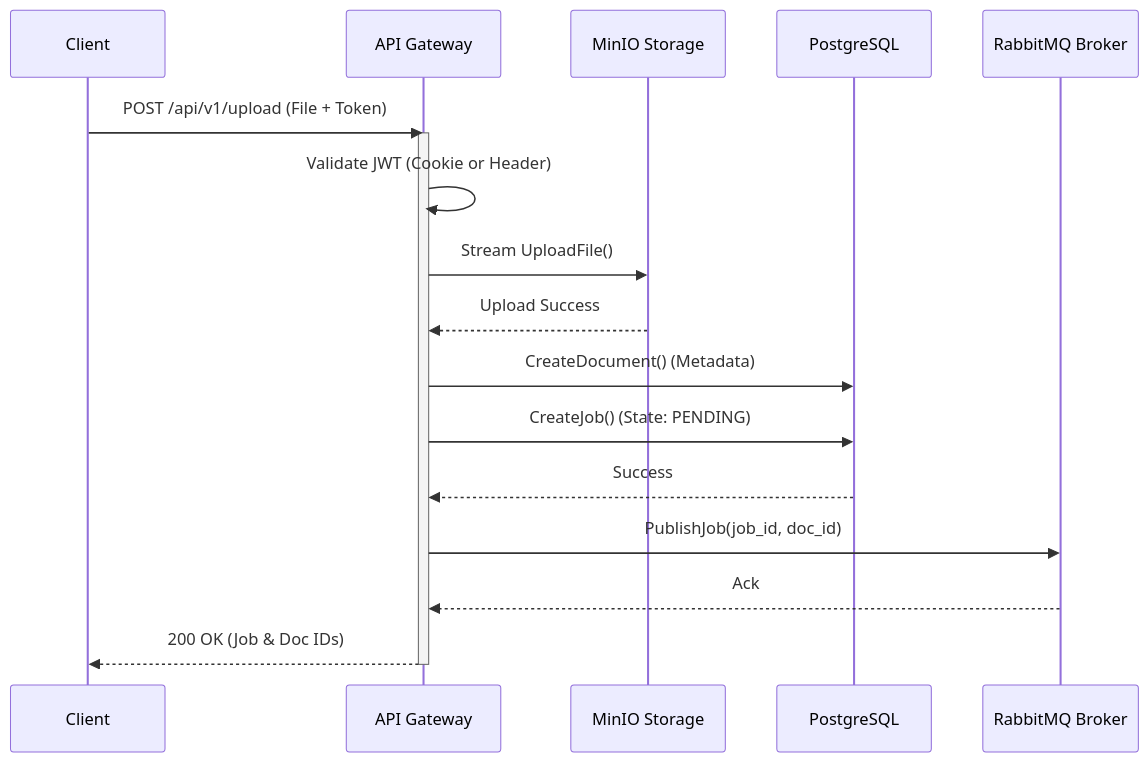
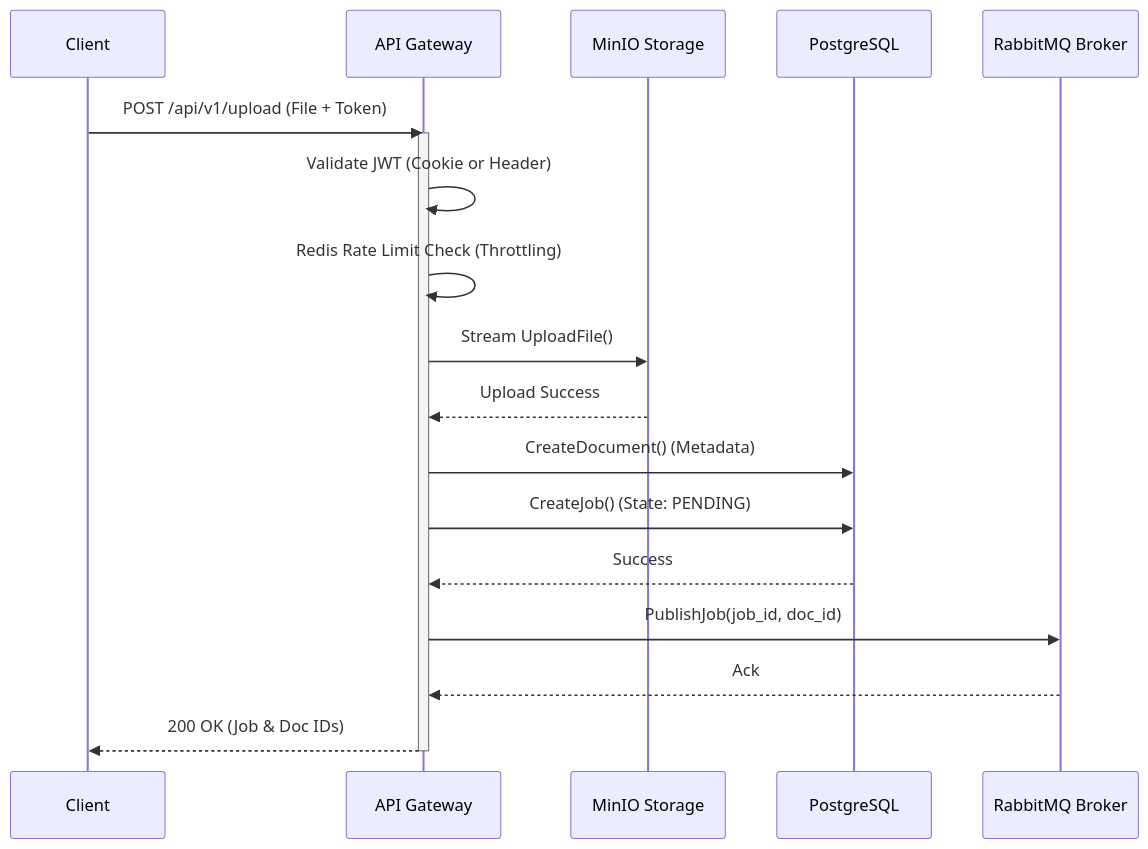
One commit to nmduc1106/idp-system-core changed the diagram in api-gateway/README_SERVICE.md. Above: the diagram before and after it, drawn with Mermaid. The commit also changed other lines of this file and 8 other files, not shown here.

Commit message:
docs: sync architecture and readmes with claude vision, redis rate limiting, and data isolation

````diff
--- a/api-gateway/README_SERVICE.md
+++ b/api-gateway/README_SERVICE.md
@@ -25,21 +29,22 @@
 ```mermaid
 sequenceDiagram
     participant Client
     participant APIGateway as API Gateway
     participant MinIO as MinIO Storage
     participant DB as PostgreSQL
     participant RabbitMQ as RabbitMQ Broker
 
     Client->>APIGateway: POST /api/v1/upload (File + Token)
     activate APIGateway
     APIGateway->>APIGateway: Validate JWT (Cookie or Header)
+    APIGateway->>APIGateway: Redis Rate Limit Check (Throttling)
     APIGateway->>MinIO: Stream UploadFile()
     MinIO-->>APIGateway: Upload Success
     APIGateway->>DB: CreateDocument() (Metadata)
     APIGateway->>DB: CreateJob() (State: PENDING)
     DB-->>APIGateway: Success
     APIGateway->>RabbitMQ: PublishJob(job_id, doc_id)
     RabbitMQ-->>APIGateway: Ack
     APIGateway-->>Client: 200 OK (Job & Doc IDs)
     deactivate APIGateway
 ```
````
